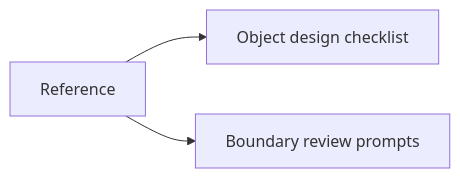
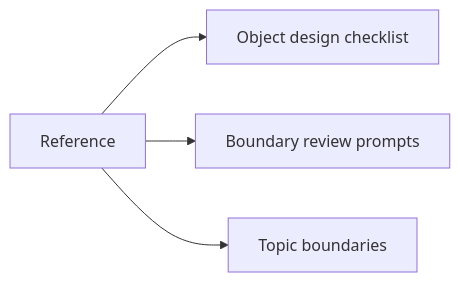
The first of 2 diagrams in programs/python-programming/python-object-oriented-programming/course-book/reference/index.md (bijux/bijux-masterclass), drawn with Mermaid before and after one commit. The commit also changed other lines of this file and 2 other files, not shown here.

Commit message:
docs(python-object-oriented-programming): add topic boundary map

````diff
--- a/programs/python-programming/python-object-oriented-programming/course-book/reference/index.md
+++ b/programs/python-programming/python-object-oriented-programming/course-book/reference/index.md
@@ -7,9 +7,11 @@
 ```mermaid
 graph LR
   reference["Reference"]
   design["Object design checklist"]
   boundary["Boundary review prompts"]
+  topics["Topic boundaries"]
 
   reference --> design
   reference --> boundary
+  reference --> topics
 ```
````
